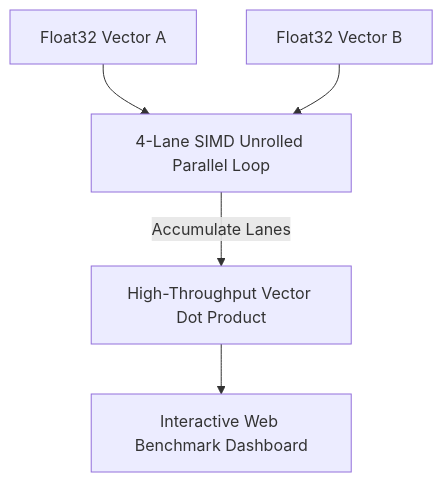
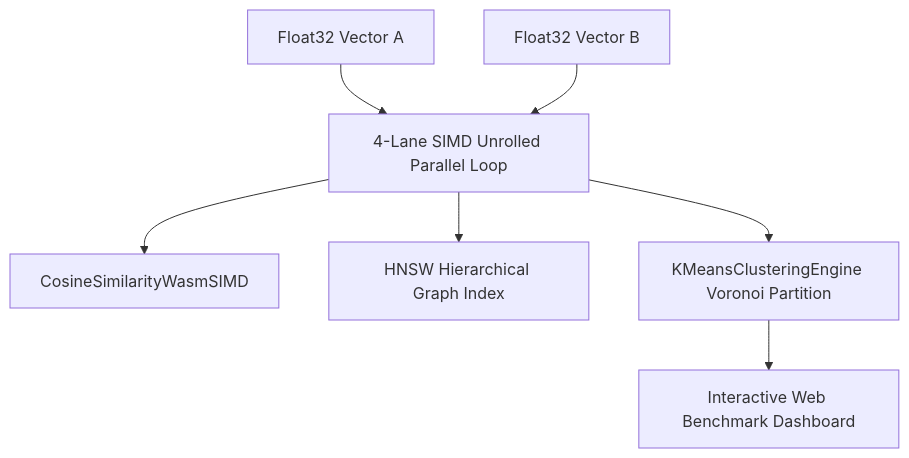
One commit to anderdebona/vector-tensor-wasm-engine changed the diagram in README.md. Above: the diagram before and after it, drawn with Mermaid. The commit also changed other lines of this file and 9 other files, not shown here.

Commit message:
feat(v4.0.0): add CosineSimilarityWasmSIMD, KMeansClusteringEngine, CI/CD, and Roadmap

````diff
--- a/README.md
+++ b/README.md
@@ -29,7 +41,9 @@
 ```mermaid
 graph TD
-    VectorA[Float32 Vector A] --> UnrolledLanes[4-Lane SIMD Unrolled Parallel Loop]
-    VectorB[Float32 Vector B] --> UnrolledLanes
-    UnrolledLanes -->|Accumulate Lanes| SIMDSum[High-Throughput Vector Dot Product]
-    SIMDSum --> WebDashboard[Interactive Web Benchmark Dashboard]
+    VectorA[Float32 Vector A] --> SIMD[4-Lane SIMD Unrolled Parallel Loop]
+    VectorB[Float32 Vector B] --> SIMD
+    SIMD --> Cosine[CosineSimilarityWasmSIMD]
+    SIMD --> HNSW[HNSW Hierarchical Graph Index]
+    SIMD --> KMeans[KMeansClusteringEngine Voronoi Partition]
+    KMeans --> WebDashboard[Interactive Web Benchmark Dashboard]
 ```
````
